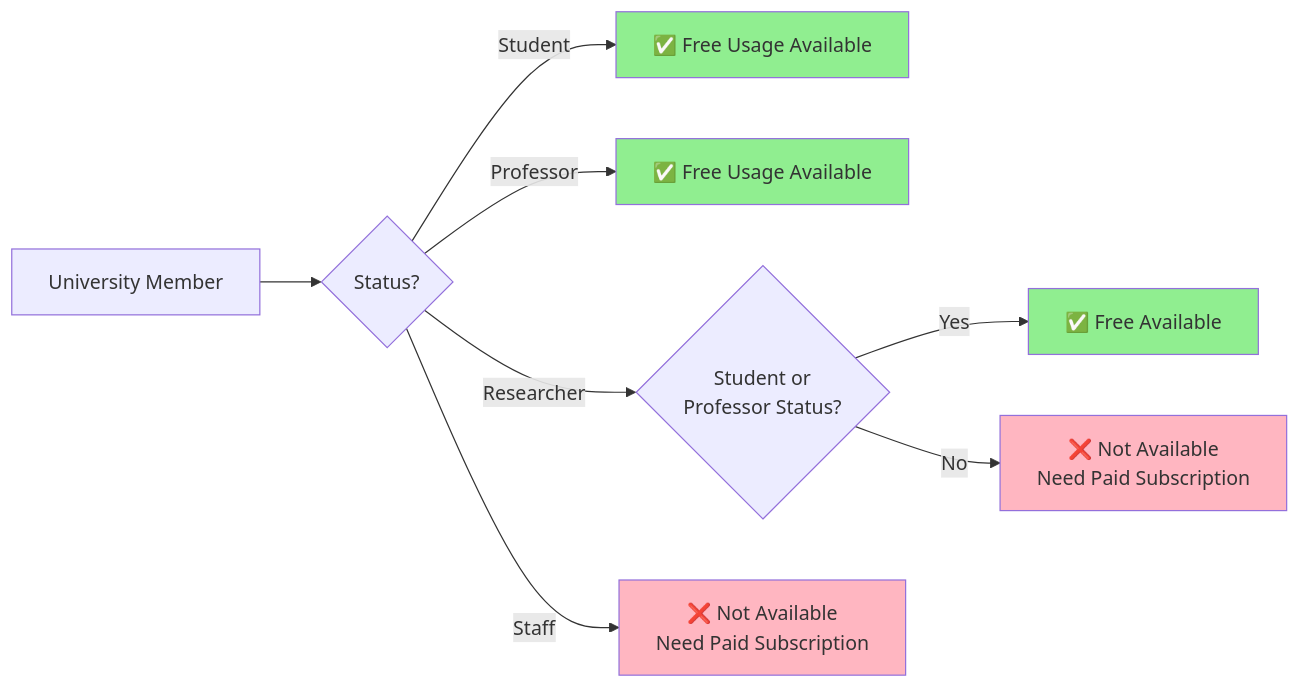
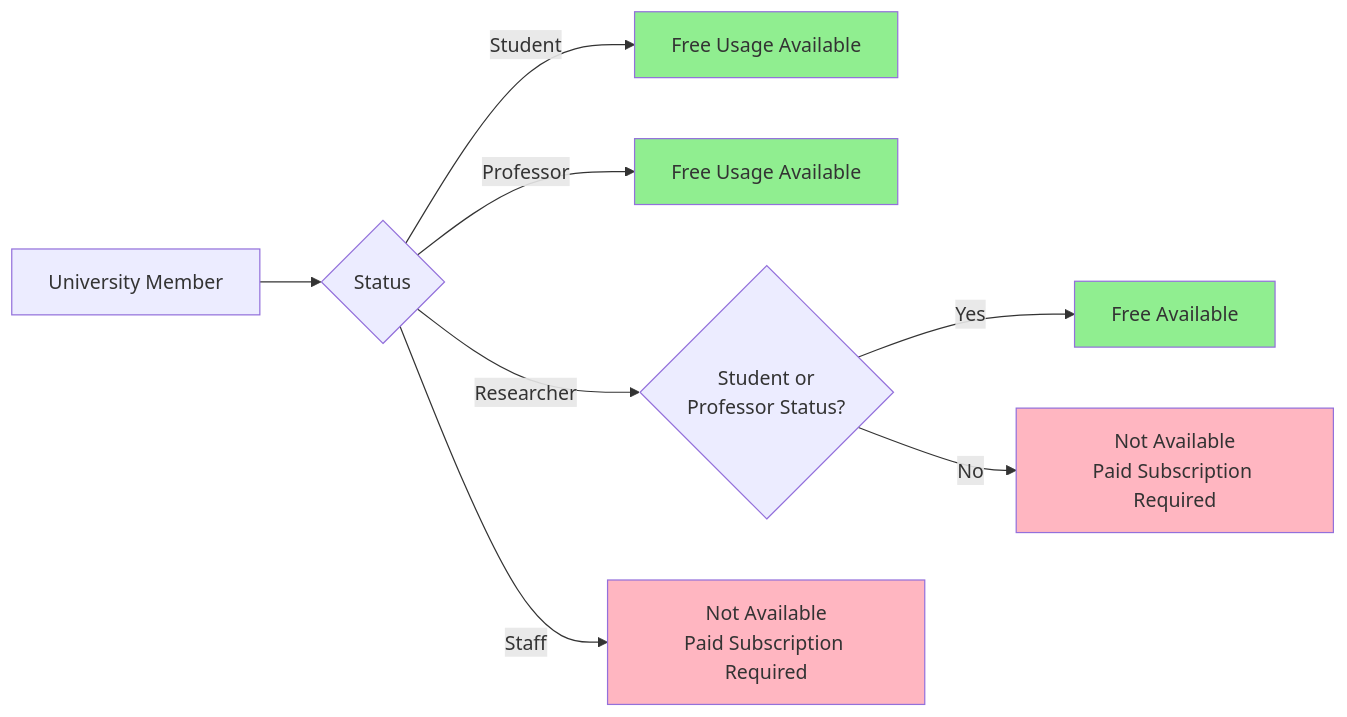
The second of 2 diagrams in docs/common/en/copilot_web.md (seo-jinseok/GitHub-Copilot-Guide), drawn with Mermaid before and after one commit. The commit also changed other lines of this file and 7 other files, not shown here.

````diff
--- a/docs/common/en/copilot_web.md
+++ b/docs/common/en/copilot_web.md
@@ -145,16 +145,16 @@
 ```mermaid
 graph LR
-    A[University Member] --> B{Status?}
-    B -->|Student| C[✅ Free Usage Available]
-    B -->|Professor| D[✅ Free Usage Available]
+    A[University Member] --> B{Status}
+    B -->|Student| C[Free Usage Available]
+    B -->|Professor| D[Free Usage Available]
     B -->|Researcher| E{Student or<br/>Professor Status?}
-    B -->|Staff| F[❌ Not Available<br/>Need Paid Subscription]
-    E -->|Yes| G[✅ Free Available]
-    E -->|No| H[❌ Not Available<br/>Need Paid Subscription]
+    B -->|Staff| F[Not Available<br/>Paid Subscription Required]
+    E -->|Yes| G[Free Available]
+    E -->|No| H[Not Available<br/>Paid Subscription Required]
     
     style C fill:#90EE90
     style D fill:#90EE90
     style G fill:#90EE90
     style F fill:#FFB6C1
     style H fill:#FFB6C1
 ```
````
